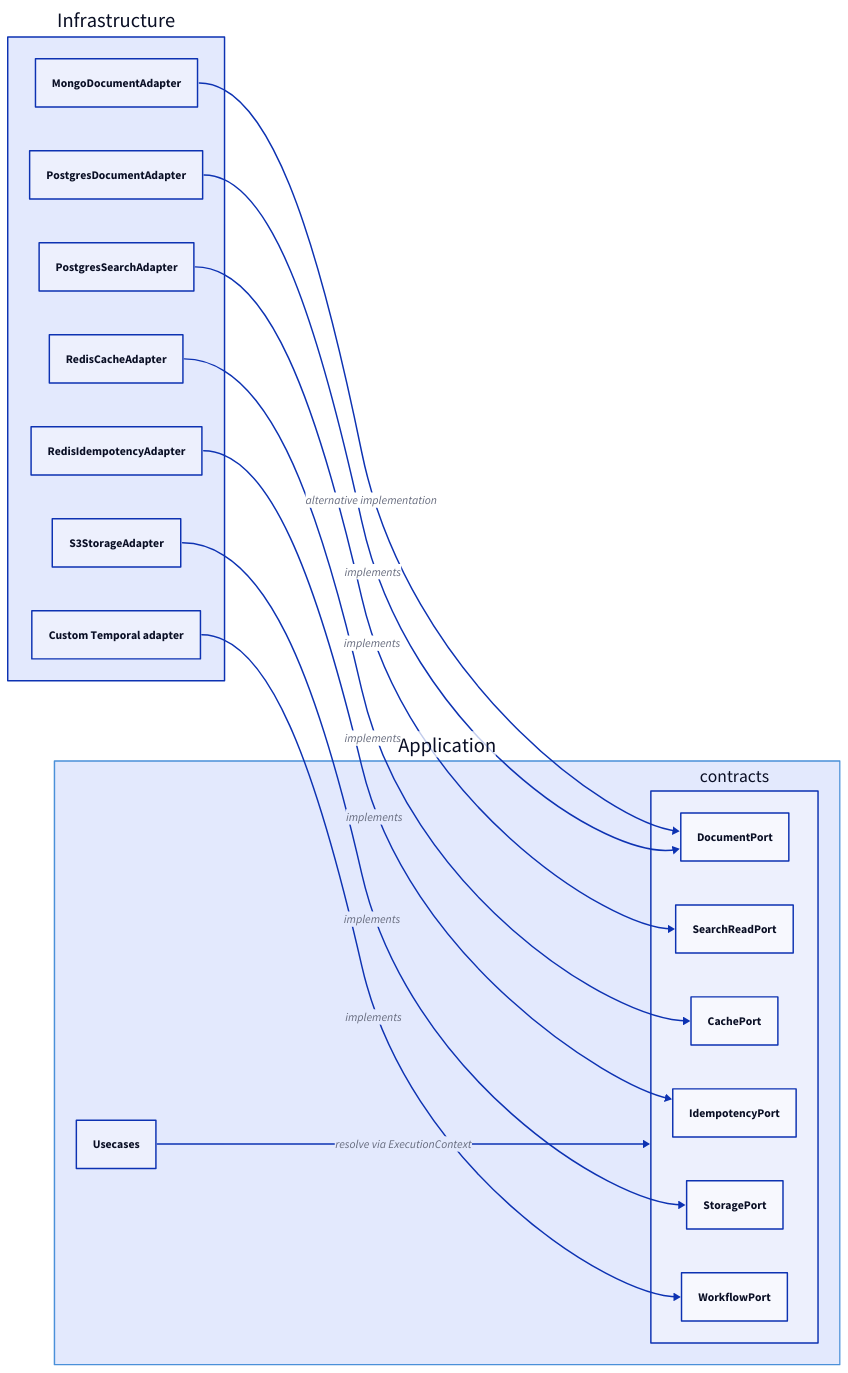
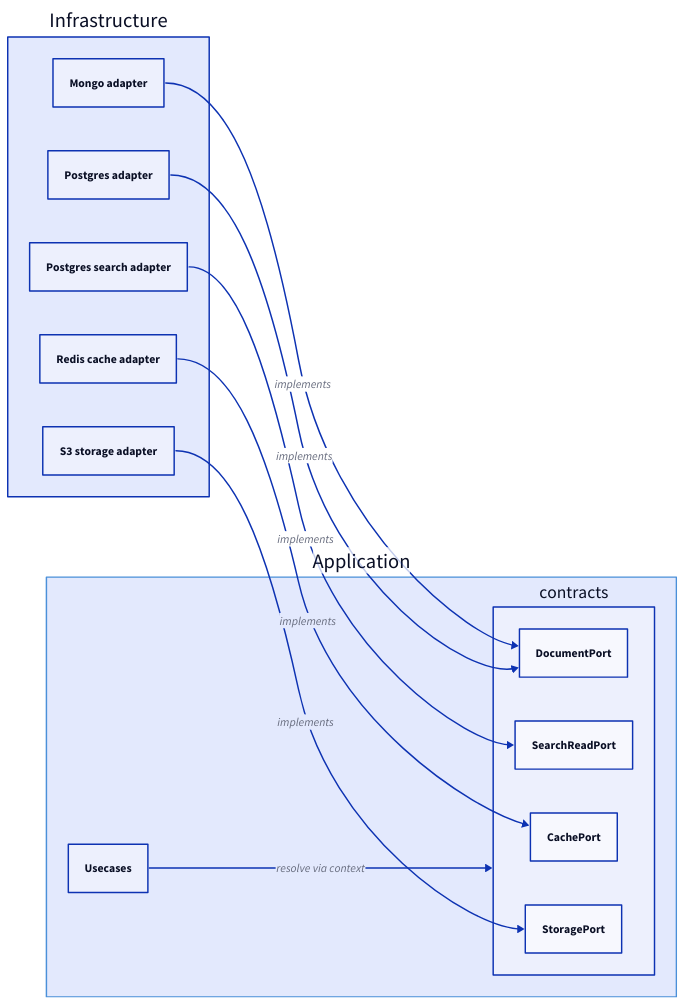
Before and after one commit to morzecrew/forze: the diagram in pages/diagrams/contracts-adapters.d2, drawn with D2. The commit also changed 26 other files, not shown here.

First line of the commit message:
📝 docs: improve documentation structure, formatting, and diagrams (#57)

```diff
--- a/pages/diagrams/contracts-adapters.d2
+++ b/pages/diagrams/contracts-adapters.d2
@@ -1,51 +1,45 @@
 style: {
     fill: transparent
 }
 
 vars: {
     d2-config: {
         pad: 50
     }
 }
 
 direction: right
 
 Application: {
     shape: rectangle
     style: {
         stroke: "#4a90d9"
     }
 
     usecases: Usecases
     contracts: {
         shape: rectangle
         doc: DocumentPort
         search: SearchReadPort
         cache: CachePort
-        idempotency: IdempotencyPort
         storage: StoragePort
-        workflow: WorkflowPort
     }
 }
 
 Infrastructure: {
     shape: rectangle
 
-    postgres: PostgresDocumentAdapter
-    pg_search: PostgresSearchAdapter
-    redis_cache: RedisCacheAdapter
-    redis_idem: RedisIdempotencyAdapter
-    s3: S3StorageAdapter
-    mongo: MongoDocumentAdapter
-    custom: Custom Temporal adapter
+    postgres: Postgres adapter
+    pg_search: Postgres search adapter
+    redis_cache: Redis cache adapter
+    s3: S3 storage adapter
+    mongo: Mongo adapter
 }
 
-Application.usecases -> Application.contracts: resolve via ExecutionContext
+Application.usecases -> Application.contracts: resolve via context
 
 Infrastructure.postgres -> Application.contracts.doc: implements
 Infrastructure.pg_search -> Application.contracts.search: implements
 Infrastructure.redis_cache -> Application.contracts.cache: implements
-Infrastructure.redis_idem -> Application.contracts.idempotency: implements
 Infrastructure.s3 -> Application.contracts.storage: implements
-Infrastructure.mongo -> Application.contracts.doc: alternative implementation
-Infrastructure.custom -> Application.contracts.workflow: implements
+Infrastructure.mongo -> Application.contracts.doc: implements
```
